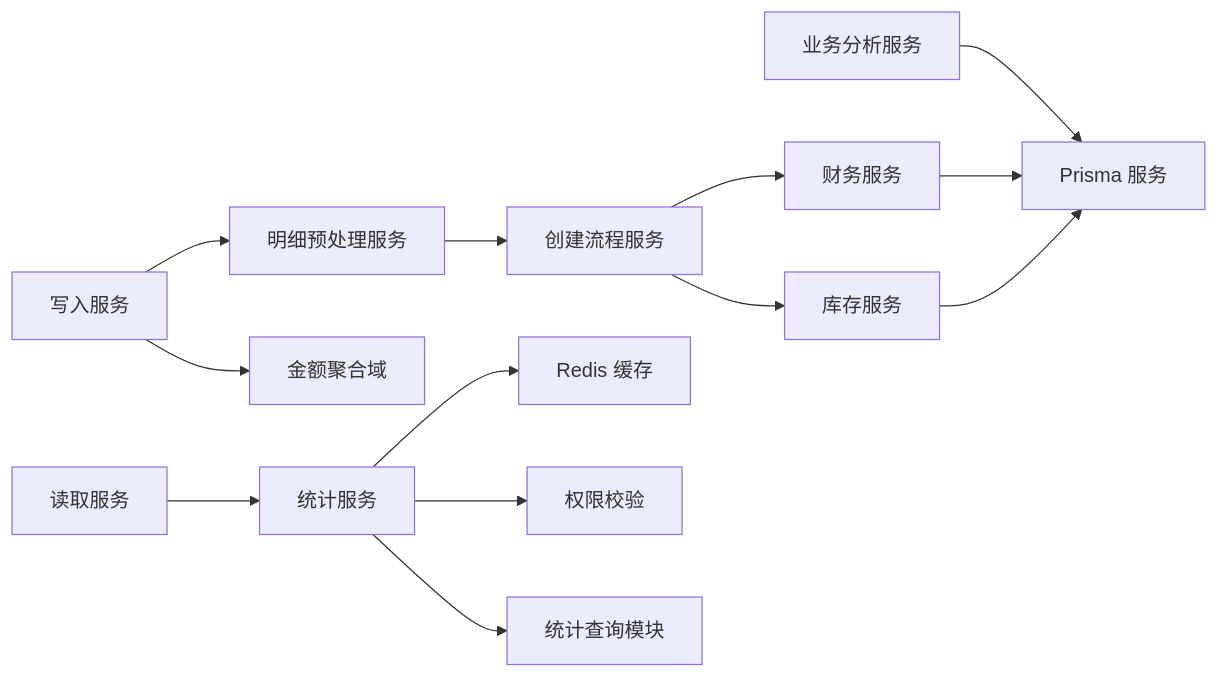
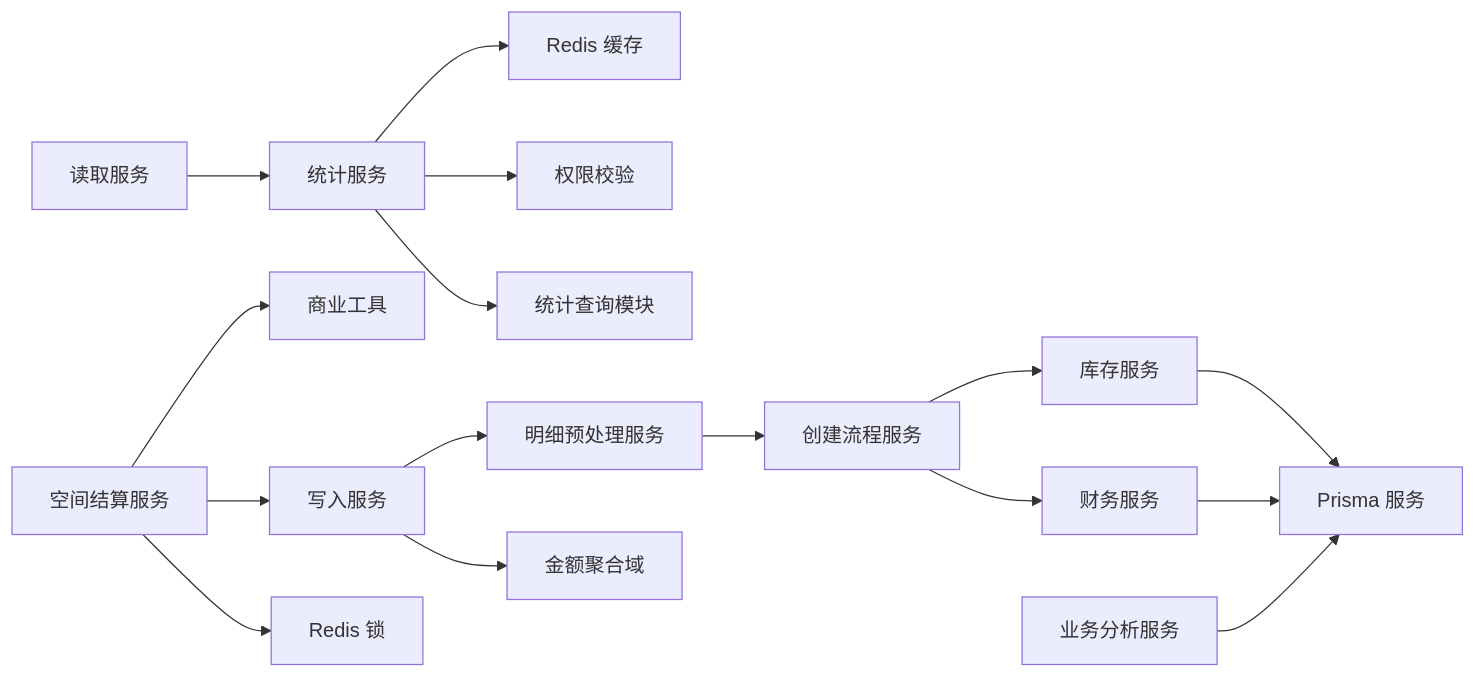
Before and after one commit to rc558620/purelyprofit-server: the sixth of 6 diagrams in .qoder/repowiki/zh/content/业务模块/运营管理模块/销售管理.md, drawn with Mermaid. The commit also changed other lines of this file and 16 other files, not shown here.

````diff
--- a/.qoder/repowiki/zh/content/业务模块/运营管理模块/销售管理.md
+++ b/.qoder/repowiki/zh/content/业务模块/运营管理模块/销售管理.md
@@ -619,15 +889,18 @@
 ```mermaid
 graph LR
 WRITESVC["写入服务"] --> PREP["明细预处理服务"]
 WRITESVC --> AMOUNTS["金额聚合域"]
 PREP --> CREATEFLOW["创建流程服务"]
 CREATEFLOW --> INV["库存服务"]
 CREATEFLOW --> FIN["财务服务"]
 READSVC["读取服务"] --> STATSSVC["统计服务"]
 STATSSVC --> REDIS["Redis 缓存"]
 STATSSVC --> ACCESS["权限校验"]
 STATSSVC --> QUERY["统计查询模块"]
+SPACESVC["空间结算服务"] --> COMMERCE["商业工具"]
+SPACESVC --> WRITESVC
+SPACESVC --> LOCK["Redis 锁"]
 BASVC["业务分析服务"] --> PRISMA["Prisma 服务"]
 FIN --> PRISMA
 INV --> PRISMA
 ```
````
